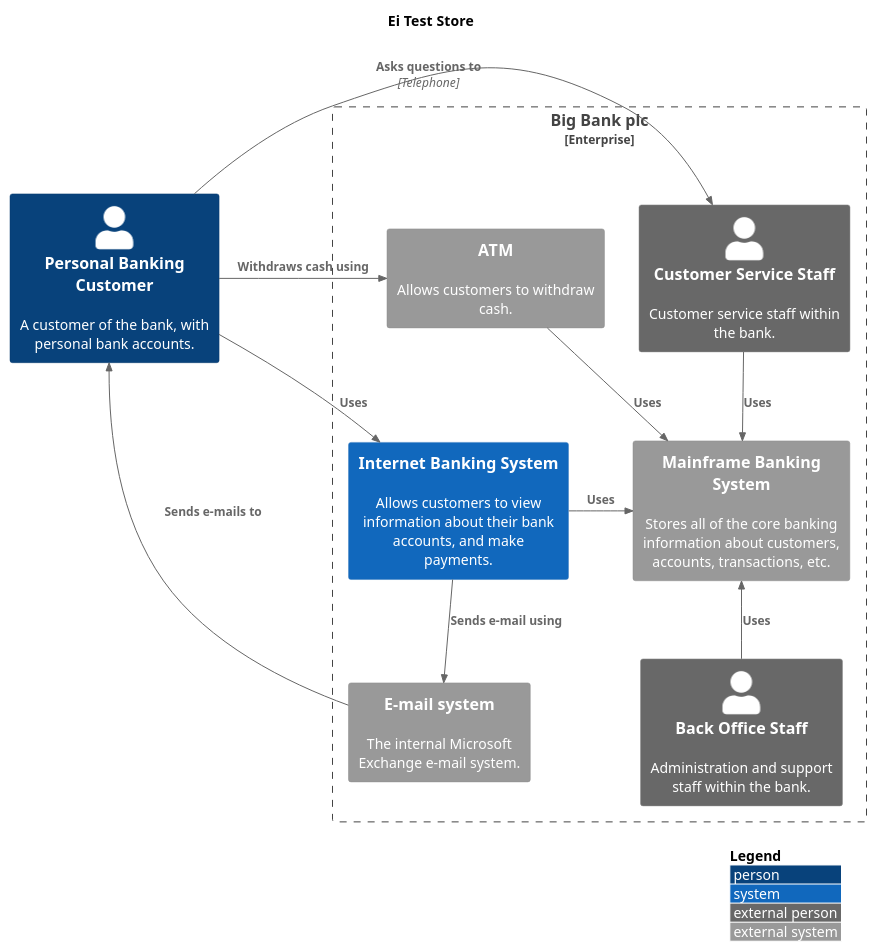
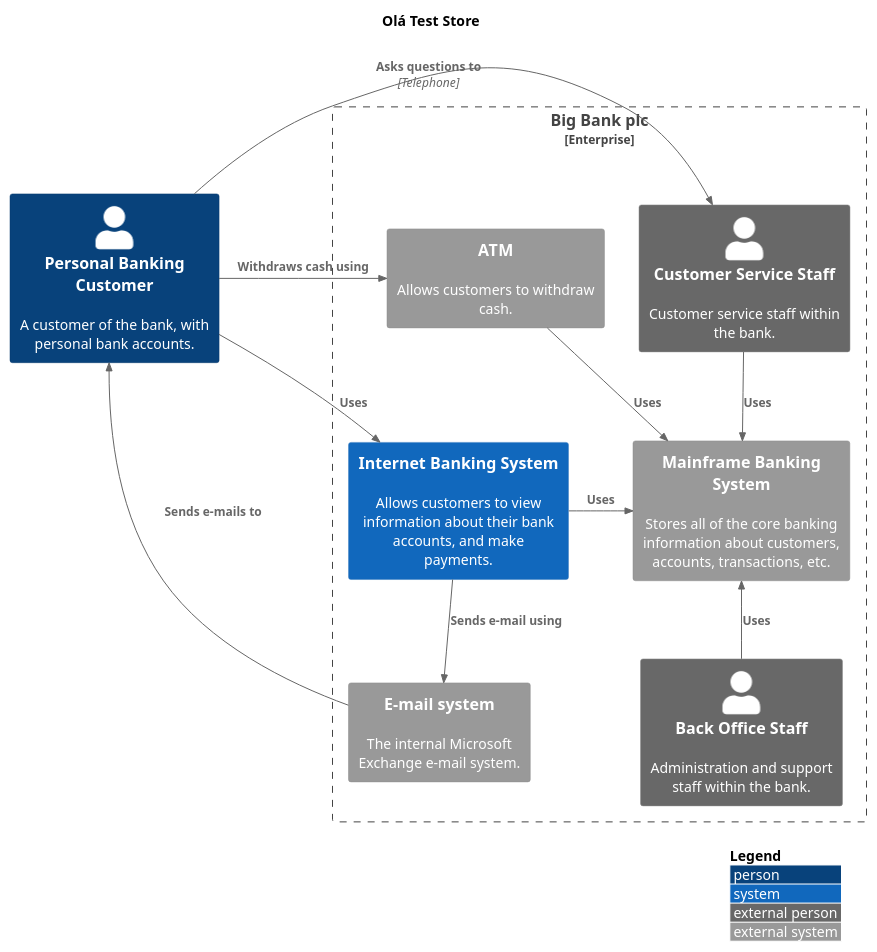
One commit to pablicio/store-service changed the diagram in sophya-docs/context/diagram1.puml. Above: the diagram before and after it, drawn with PlantUML. The commit also changed 2 other files, not shown here.

```diff
--- a/sophya-docs/context/diagram1.puml
+++ b/sophya-docs/context/diagram1.puml
@@ -1,41 +1,42 @@
 @startuml
 !include https://raw.githubusercontent.com/plantuml-stdlib/C4-PlantUML/master/C4_Context.puml
 ' uncomment the following line and comment the first to use locally
 ' !include C4_Context.puml
 
 'LAYOUT_TOP_DOWN()
 'LAYOUT_AS_SKETCH()
+
 LAYOUT_WITH_LEGEND()
-title Ei Test Store
+title Olá Test Store
 
 Person(customer, "Personal Banking Customer", "A customer of the bank, with personal bank accounts.")
 
 Enterprise_Boundary(c0, "Big Bank plc") {
     System(banking_system, "Internet Banking System", "Allows customers to view information about their bank accounts, and make payments.")
 
     System_Ext(atm, "ATM", "Allows customers to withdraw cash.")
     System_Ext(mail_system, "E-mail system", "The internal Microsoft Exchange e-mail system.")
 
     System_Ext(mainframe, "Mainframe Banking System", "Stores all of the core banking information about customers, accounts, transactions, etc.")
 
     Person_Ext(customer_service, "Customer Service Staff", "Customer service staff within the bank.")
     Person_Ext(back_office, "Back Office Staff", "Administration and support staff within the bank.")
 }
 
 Rel_Neighbor(customer, banking_system, "Uses")
 Rel_R(customer, atm, "Withdraws cash using")
 Rel_Back(customer, mail_system, "Sends e-mails to")
 
 Rel_R(customer, customer_service, "Asks questions to", "Telephone")
 
 Rel_D(banking_system, mail_system, "Sends e-mail using")
 Rel_R(atm, mainframe, "Uses")
 Rel_R(banking_system, mainframe, "Uses")
 Rel_D(customer_service, mainframe, "Uses")
 Rel_U(back_office, mainframe, "Uses")
 
 Lay_D(atm, banking_system)
 
 Lay_D(atm, customer)
 Lay_U(mail_system, customer)
 @enduml
```
